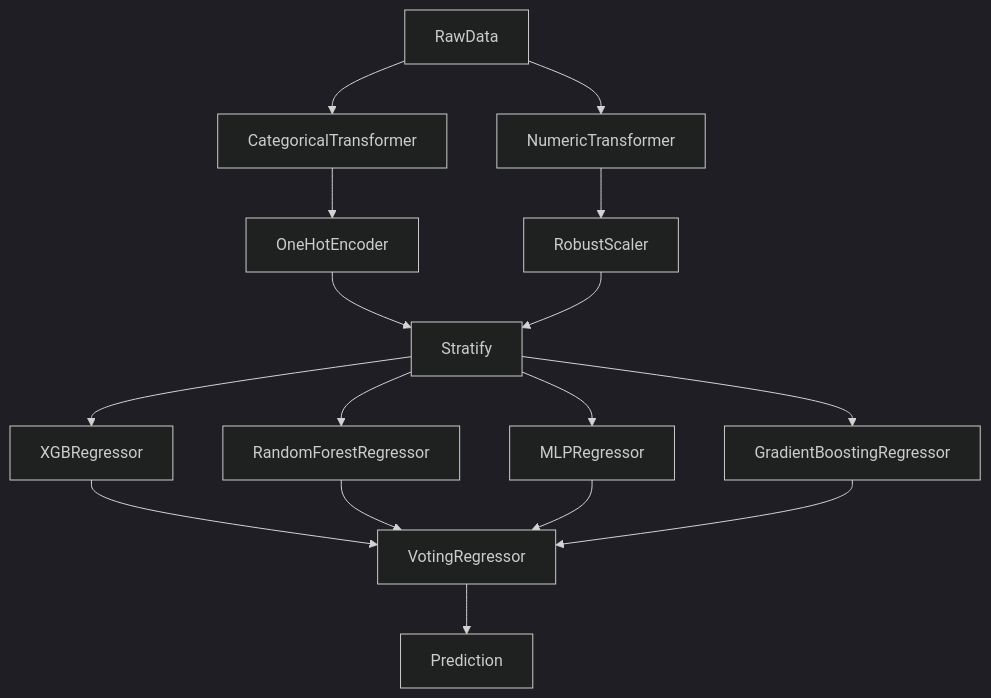
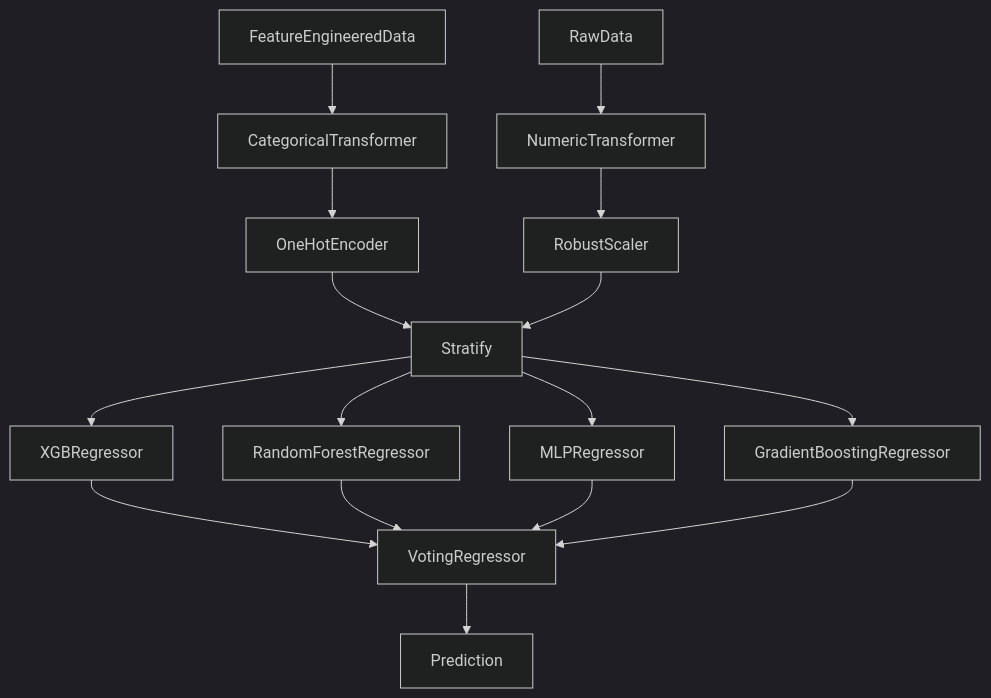
Before and after one commit to NickBok/Baseball: the diagram in Distance-Predictor/README.md, drawn with Mermaid (dark theme).

````diff
--- a/Distance-Predictor/README.md
+++ b/Distance-Predictor/README.md
@@ -71,20 +71,20 @@
 ```mermaid
 graph TB
-      RawData --> CategoricalTransformer;
+      FeatureEngineeredData --> CategoricalTransformer;
       RawData --> NumericTransformer;
       CategoricalTransformer --> OneHotEncoder;
       OneHotEncoder --> Stratify;
       NumericTransformer --> RobustScaler;
       RobustScaler --> Stratify;
 
       Stratify-->XGBRegressor;
       Stratify-->RandomForestRegressor;
       Stratify-->MLPRegressor;
       Stratify-->GradientBoostingRegressor;
       XGBRegressor-->VotingRegressor;
       RandomForestRegressor-->VotingRegressor;
       MLPRegressor-->VotingRegressor;
       GradientBoostingRegressor-->VotingRegressor;
 
       VotingRegressor --> Prediction;
 ```
````
